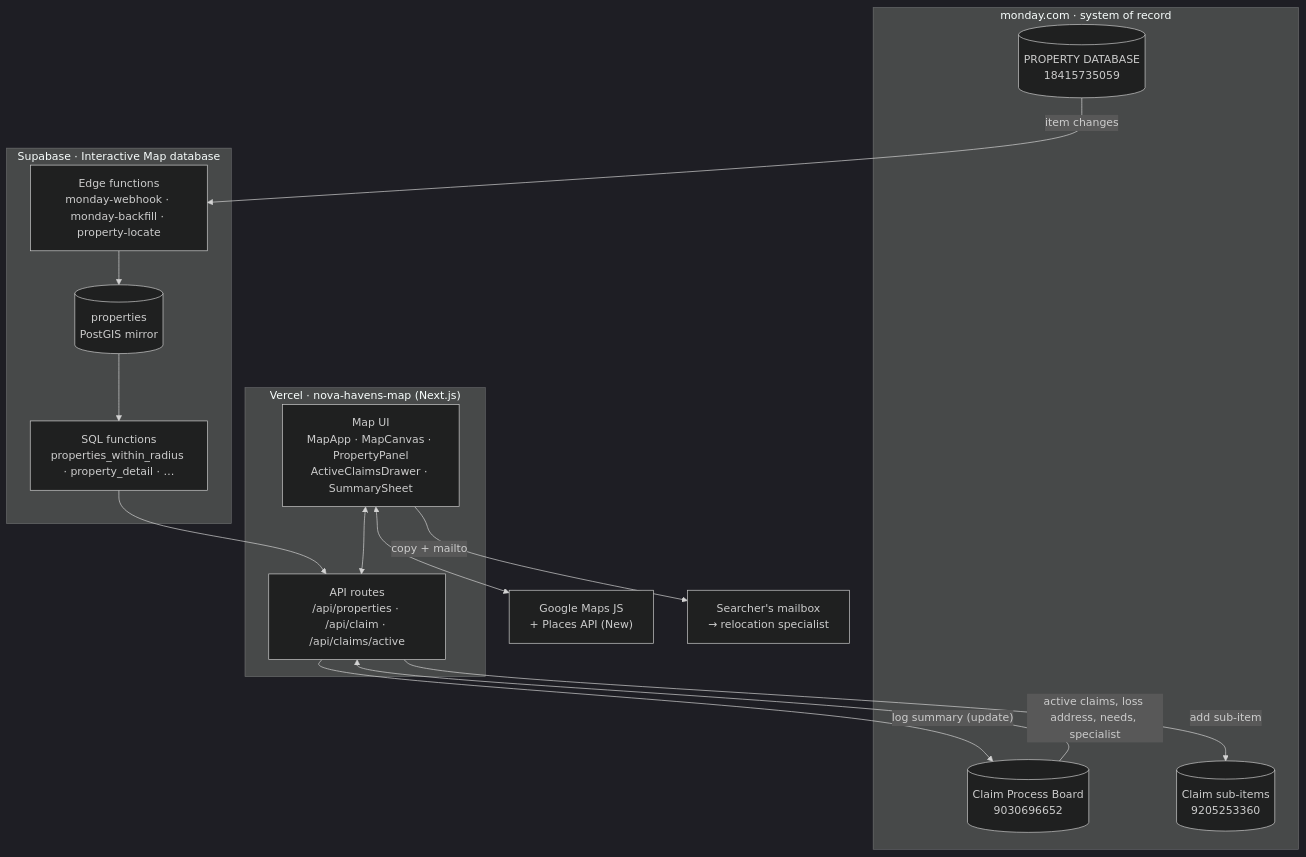
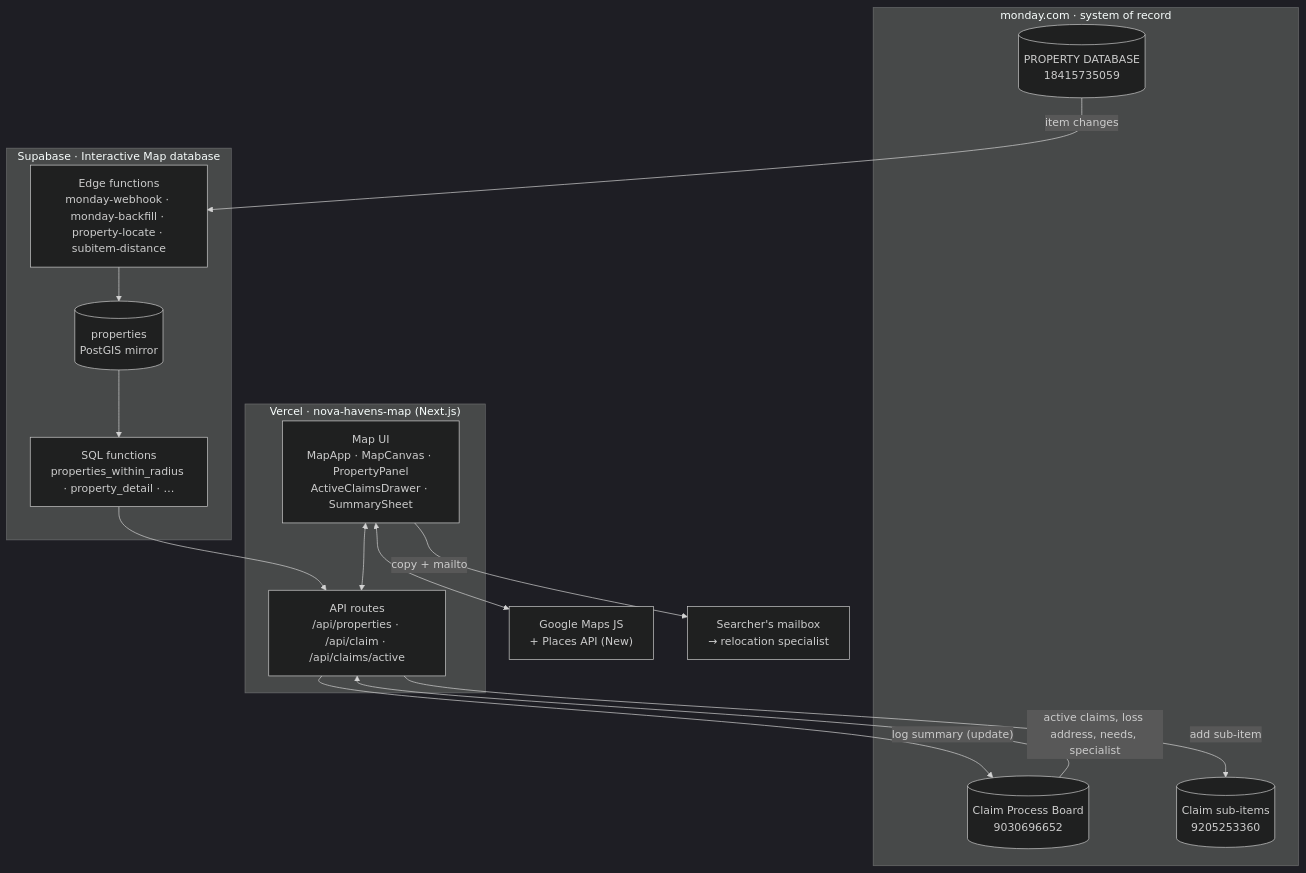
One commit to Novahavens/Interactive-map changed the first of 2 diagrams in README.md. Above: the diagram before and after it, drawn with Mermaid (dark theme). The commit also changed other lines of this file and 4 other files, not shown here.

First line of the commit message:
Fill Distance to Loss on every claim option, including ones added in Monday

````diff
--- a/README.md
+++ b/README.md
@@ -140,31 +141,31 @@
 ```mermaid
 flowchart TB
   subgraph monday["monday.com · system of record"]
     PB[("PROPERTY DATABASE<br/>18415735059")]
     CB[("Claim Process Board<br/>9030696652")]
     SB[("Claim sub-items<br/>9205253360")]
   end
 
   subgraph supa["Supabase · Interactive Map database"]
-    EF["Edge functions<br/>monday-webhook · monday-backfill · property-locate"]
+    EF["Edge functions<br/>monday-webhook · monday-backfill · property-locate · subitem-distance"]
     T[("properties<br/>PostGIS mirror")]
     RPC["SQL functions<br/>properties_within_radius · property_detail · …"]
   end
 
   subgraph vercel["Vercel · nova-havens-map (Next.js)"]
     UI["Map UI<br/>MapApp · MapCanvas · PropertyPanel<br/>ActiveClaimsDrawer · SummarySheet"]
     API["API routes<br/>/api/properties · /api/claim · /api/claims/active"]
   end
 
   G["Google Maps JS<br/>+ Places API (New)"]
   MAIL["Searcher's mailbox<br/>→ relocation specialist"]
 
   PB -- "item changes" --> EF --> T
   T --> RPC --> API
   CB -- "active claims, loss address, needs, specialist" --> API
   API -- "add sub-item" --> SB
   API -- "log summary (update)" --> CB
   UI <--> API
   UI <--> G
   UI -- "copy + mailto" --> MAIL
 ```
````
